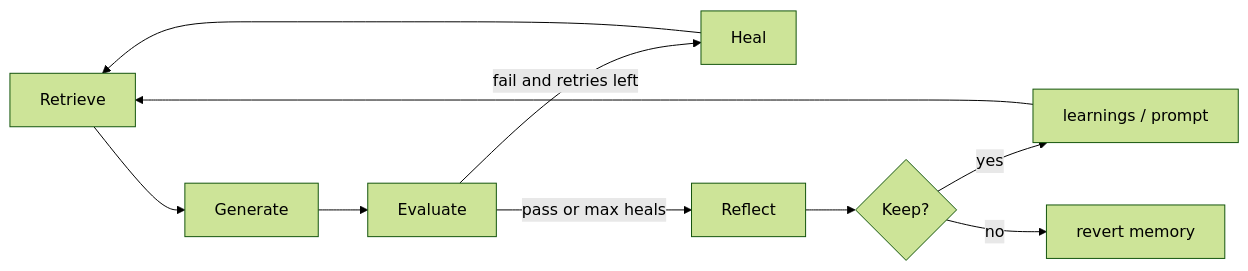
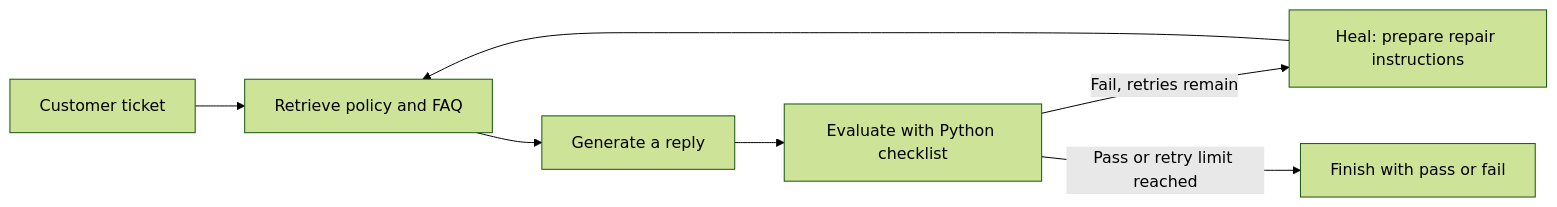
Before and after one commit to manasv20/self-improving-ai-agent-workshop: the first of 2 diagrams in docs/CONCEPT.md, drawn with Mermaid (forest theme). The commit also changed other lines of this file and 9 other files, not shown here.

````diff
--- a/docs/CONCEPT.md
+++ b/docs/CONCEPT.md
@@ -25,11 +11,9 @@
 ```mermaid
 flowchart LR
-  Retrieve --> Generate --> Evaluate
-  Evaluate -->|fail and retries left| Heal
-  Heal --> Retrieve
-  Evaluate -->|pass or max heals| Reflect
-  Reflect --> Gate{Keep?}
-  Gate -->|yes| Memory[learnings / prompt]
-  Gate -->|no| Revert[revert memory]
-  Memory --> Retrieve
+  T[Customer ticket] --> R[Retrieve policy and FAQ]
+  R --> G[Generate a reply]
+  G --> E[Evaluate with Python checklist]
+  E -->|Fail, retries remain| H[Heal: prepare repair instructions]
+  H --> R
+  E -->|Pass or retry limit reached| F[Finish with pass or fail]
 ```
````
